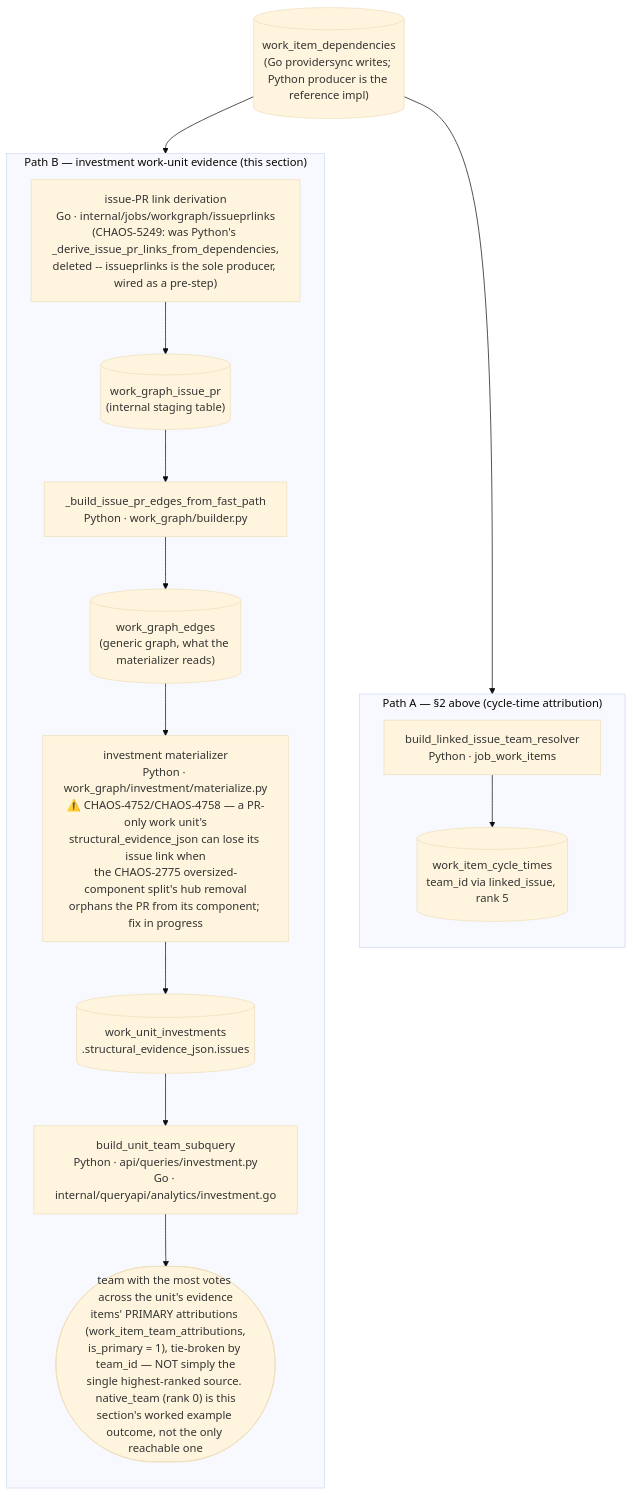
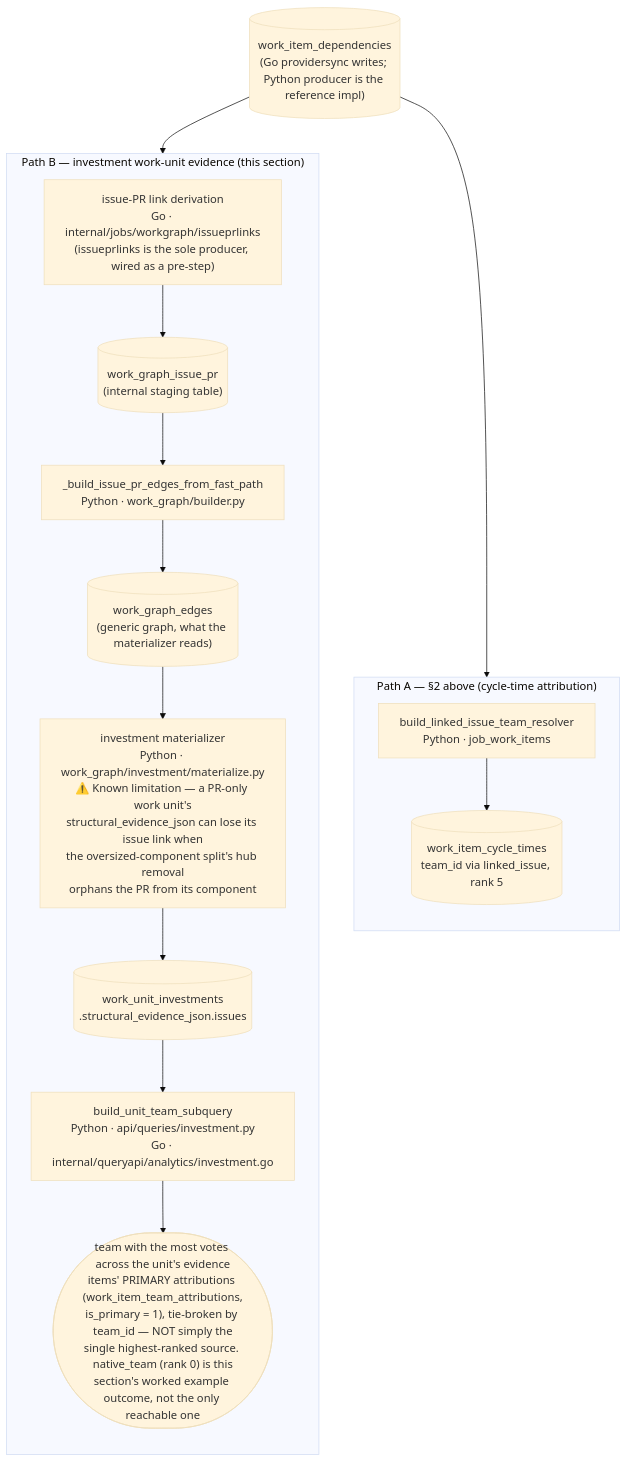
One commit to full-chaos/dev-health-ops changed the fifth of 9 diagrams in docs/contribute/architecture/team-attribution.md. Above: the diagram before and after it, drawn with Mermaid (base theme). The commit also changed other lines of this file and 51 other files, not shown here.

Commit message:
docs(contribute): CHAOS-13235 state current behaviour, drop internal process text

````diff
--- a/docs/contribute/architecture/team-attribution.md
+++ b/docs/contribute/architecture/team-attribution.md
@@ -3607,27 +3426,27 @@
 ```mermaid
 flowchart TD
     WID[("work_item_dependencies<br/>(Go providersync writes; Python producer is the reference impl)")]
 
     subgraph PathA["Path A — §2 above (cycle-time attribution)"]
         direction TB
         BuildResolver["build_linked_issue_team_resolver<br/>Python · job_work_items"]
         CycleTimes[("work_item_cycle_times<br/>team_id via linked_issue, rank 5")]
         BuildResolver --> CycleTimes
     end
 
     subgraph PathB["Path B — investment work-unit evidence (this section)"]
         direction TB
-        Derive["issue-PR link derivation<br/>Go · internal/jobs/workgraph/issueprlinks<br/>(CHAOS-5249: was Python's _derive_issue_pr_links_from_dependencies,<br/>deleted -- issueprlinks is the sole producer, wired as a pre-step)"]
+        Derive["issue-PR link derivation<br/>Go · internal/jobs/workgraph/issueprlinks<br/>(issueprlinks is the sole producer, wired as a pre-step)"]
         WGIP[("work_graph_issue_pr<br/>(internal staging table)")]
         FastPath["_build_issue_pr_edges_from_fast_path<br/>Python · work_graph/builder.py"]
         WGE[("work_graph_edges<br/>(generic graph, what the materializer reads)")]
-        Materialize["investment materializer<br/>Python · work_graph/investment/materialize.py<br/>⚠️ CHAOS-4752/CHAOS-4758 — a PR-only work unit's<br/>structural_evidence_json can lose its issue link when<br/>the CHAOS-2775 oversized-component split's hub removal<br/>orphans the PR from its component; fix in progress"]
+        Materialize["investment materializer<br/>Python · work_graph/investment/materialize.py<br/>⚠️ Known limitation — a PR-only work unit's<br/>structural_evidence_json can lose its issue link when<br/>the oversized-component split's hub removal<br/>orphans the PR from its component"]
         SEJ[("work_unit_investments<br/>.structural_evidence_json.issues")]
         UnitTeam["build_unit_team_subquery<br/>Python · api/queries/investment.py<br/>Go · internal/queryapi/analytics/investment.go"]
         Resolved(["team with the most votes across the unit's evidence<br/>items' PRIMARY attributions (work_item_team_attributions,<br/>is_primary = 1), tie-broken by team_id — NOT simply the<br/>single highest-ranked source. native_team (rank 0) is this<br/>section's worked example outcome, not the only reachable one"])
         Derive --> WGIP --> FastPath --> WGE --> Materialize --> SEJ --> UnitTeam --> Resolved
     end
 
     WID --> BuildResolver
     WID --> Derive
 ```
````
